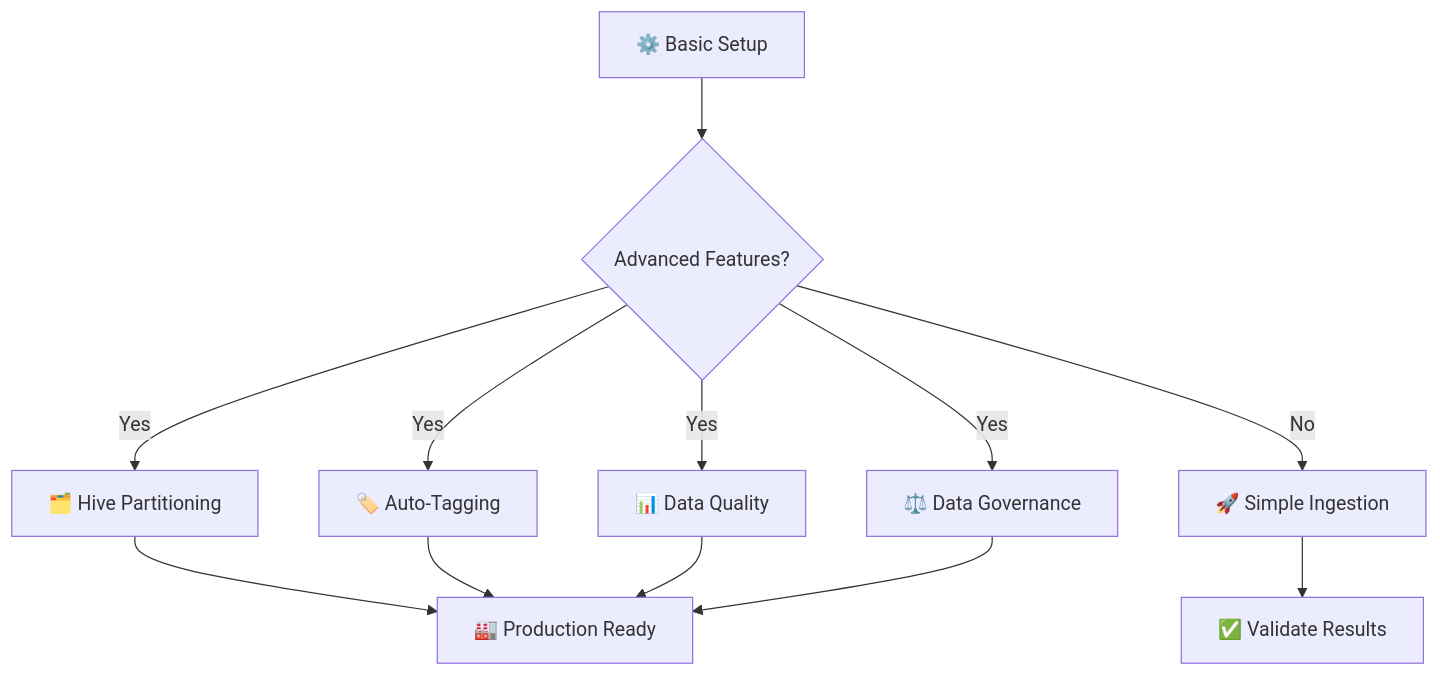
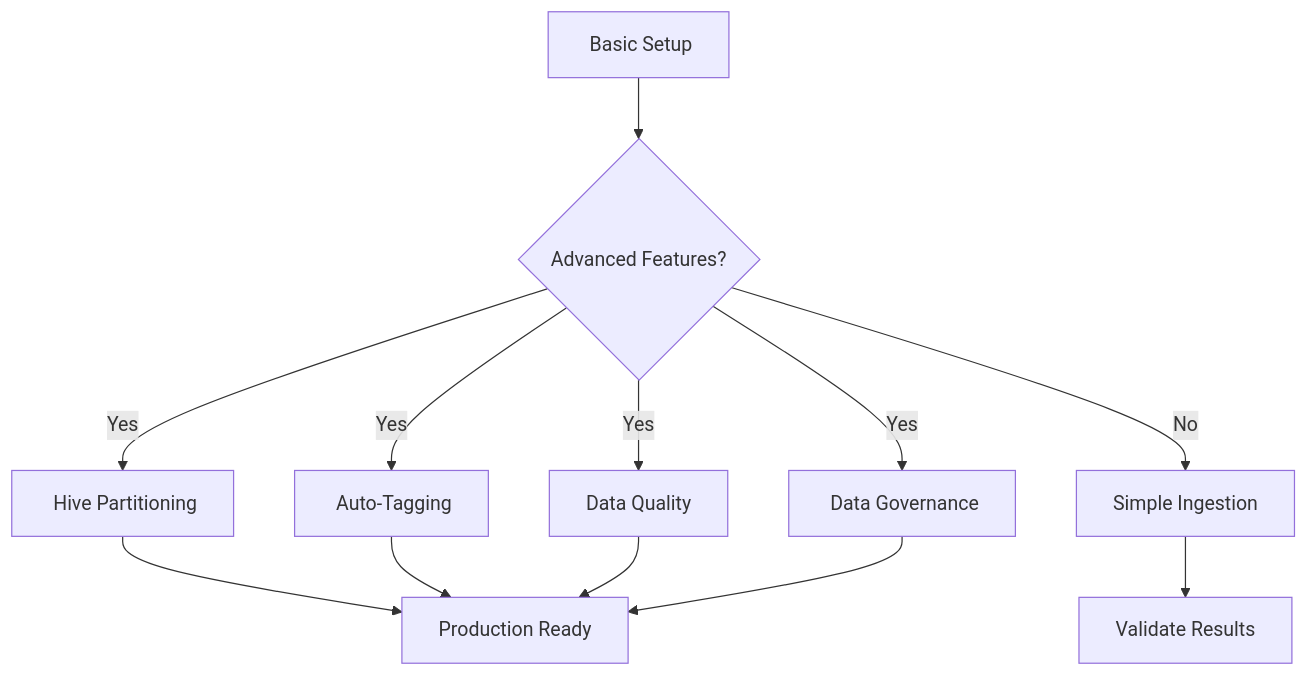
The sixth of 12 diagrams in README.md (Monsau/S3connectorplaybook), drawn with Mermaid before and after one commit. The commit also changed other lines of this file and 4 other files, not shown here.

````diff
--- a/README.md
+++ b/README.md
@@ -473,17 +473,17 @@
 ```mermaid
 graph TD
-    Basic[⚙️ Basic Setup] --> Advanced{Advanced Features?}
+    Basic[️ Basic Setup] --> Advanced{Advanced Features?}
     
-    Advanced -->|Yes| Partitions[🗂️ Hive Partitioning]
-    Advanced -->|Yes| Tags[🏷️ Auto-Tagging]
-    Advanced -->|Yes| Quality[📊 Data Quality]
-    Advanced -->|Yes| Governance[⚖️ Data Governance]
+    Advanced -->|Yes| Partitions[️ Hive Partitioning]
+    Advanced -->|Yes| Tags[️ Auto-Tagging]
+    Advanced -->|Yes| Quality[ Data Quality]
+    Advanced -->|Yes| Governance[️ Data Governance]
     
-    Partitions --> Production[🏭 Production Ready]
+    Partitions --> Production[ Production Ready]
     Tags --> Production
     Quality --> Production
     Governance --> Production
     
-    Advanced -->|No| SimpleIngestion[🚀 Simple Ingestion]
-    SimpleIngestion --> Validate[✅ Validate Results]
+    Advanced -->|No| SimpleIngestion[ Simple Ingestion]
+    SimpleIngestion --> Validate[ Validate Results]
 ```
````
